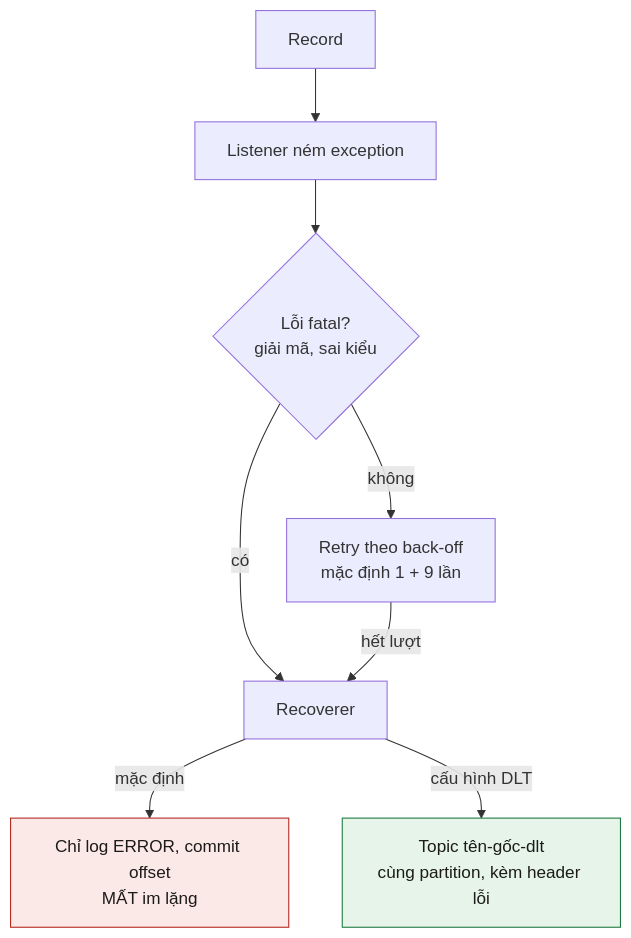
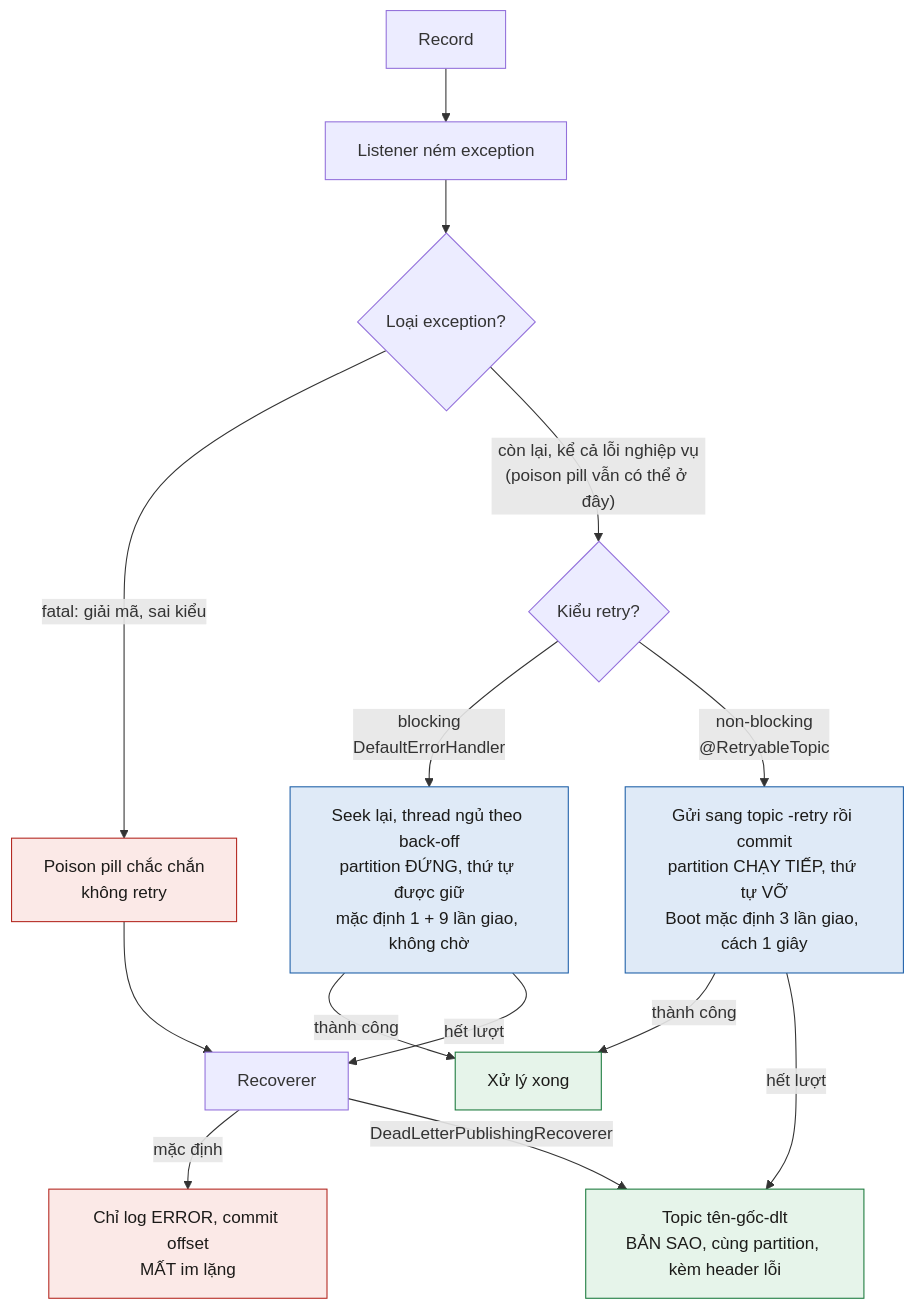
One commit to hainguyen85/kafka-study changed the first of 6 diagrams in lessons/0006-error-handling-dlt.md. Above: the diagram before and after it, drawn with Mermaid. The commit also changed other lines of this file and 29 other files, not shown here.

First line of the commit message:
Bài 6, 7: mô phỏng error handling và exactly-once; lab s8retry; sửa Bài 1, 2

````diff
--- a/lessons/0006-error-handling-dlt.md
+++ b/lessons/0006-error-handling-dlt.md
@@ -17,15 +17,22 @@
 ```mermaid
 flowchart TB
 R["Record"] --> L["Listener ném exception"]
-L --> Q{"Lỗi fatal?<br/>giải mã, sai kiểu"}
-Q -->|"có"| REC["Recoverer"]
-Q -->|"không"| T["Retry theo back-off<br/>mặc định 1 + 9 lần"]
-T -->|"hết lượt"| REC
+L --> Q{"Loại exception?"}
+Q -->|"fatal: giải mã, sai kiểu"| PP["Poison pill chắc chắn<br/>không retry"]
+Q -->|"còn lại, kể cả lỗi nghiệp vụ<br/>(poison pill vẫn có thể ở đây)"| M{"Kiểu retry?"}
+M -->|"blocking<br/>DefaultErrorHandler"| B["Seek lại, thread ngủ theo back-off<br/>partition ĐỨNG, thứ tự được giữ<br/>mặc định 1 + 9 lần giao, không chờ"]
+M -->|"non-blocking<br/>@RetryableTopic"| NB["Gửi sang topic -retry rồi commit<br/>partition CHẠY TIẾP, thứ tự VỠ<br/>Boot mặc định 3 lần giao, cách 1 giây"]
+B -->|"thành công"| OK["Xử lý xong"]
+NB -->|"thành công"| OK
+B -->|"hết lượt"| REC["Recoverer"]
+NB -->|"hết lượt"| D["Topic tên-gốc-dlt<br/>BẢN SAO, cùng partition, kèm header lỗi"]
+PP --> REC
 REC -->|"mặc định"| LOG["Chỉ log ERROR, commit offset<br/>MẤT im lặng"]
-REC -->|"cấu hình DLT"| D["Topic tên-gốc-dlt<br/>cùng partition, kèm header lỗi"]
-class LOG bad
-class D ok
+REC -->|"DeadLetterPublishingRecoverer"| D
+class LOG,PP bad
+class D,OK ok
+class B,NB warn
 classDef bad fill:#fbe9e7,stroke:#b3261e,color:#1c1b19
 classDef ok fill:#e6f4ea,stroke:#1b7a3d,color:#1c1b19
 classDef warn fill:#dfeaf7,stroke:#1d5fa8,color:#1c1b19
 ```
````
